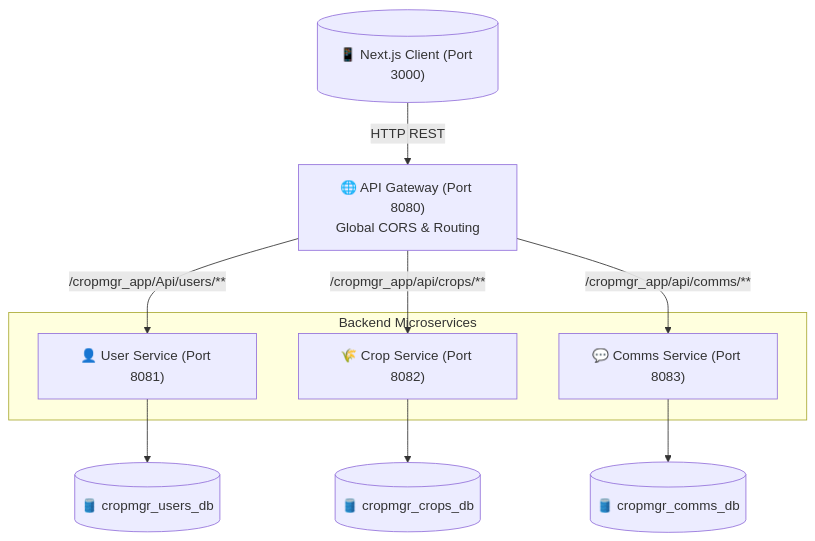
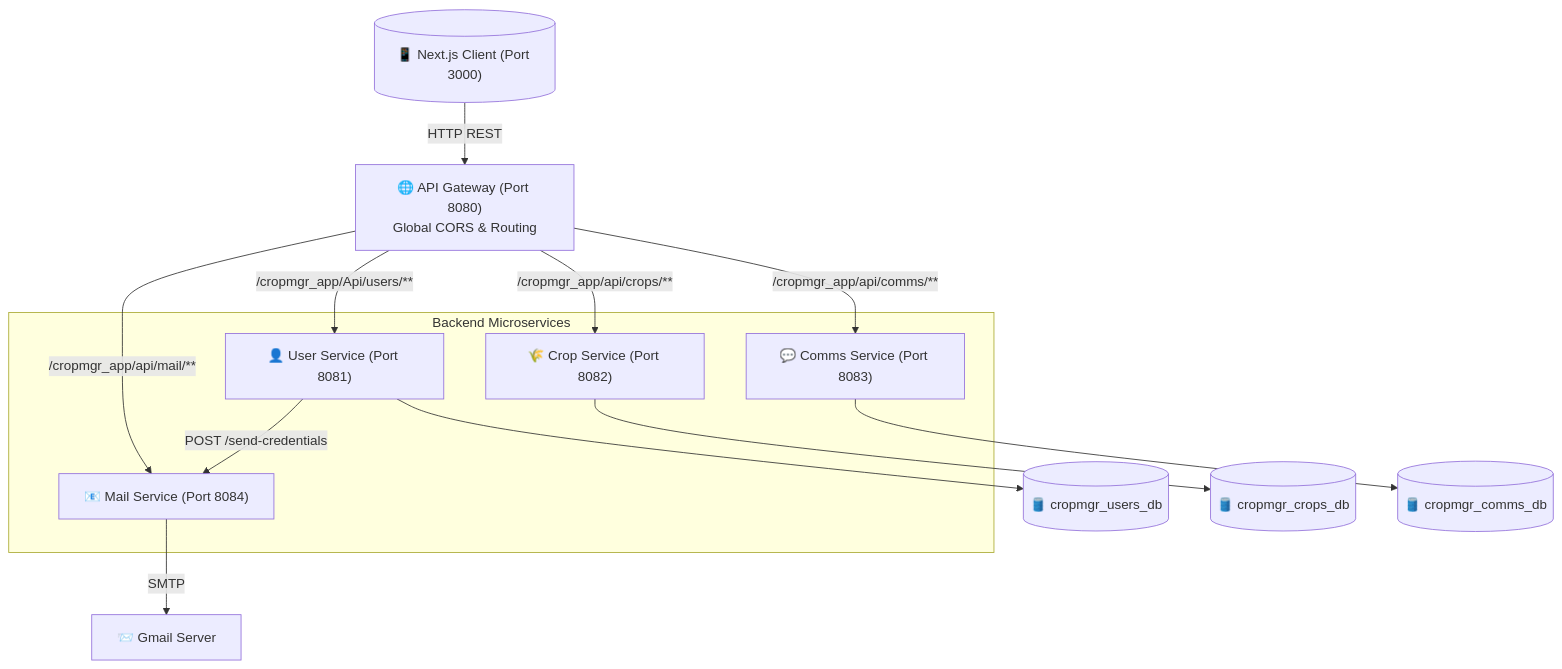
Before and after one commit to NimnaOfficial/CropAssist-webApp: the diagram in README.md, drawn with Mermaid. The commit also changed other lines of this file, not shown here.

````diff
--- a/README.md
+++ b/README.md
@@ -29,24 +29,28 @@
 ```mermaid
 graph TD
     Client[("📱 Next.js Client (Port 3000)")]
     API_GW["🌐 API Gateway (Port 8080)<br/>Global CORS & Routing"]
 
     User_DB[("🛢️ cropmgr_users_db")]
     Crop_DB[("🛢️ cropmgr_crops_db")]
     Comms_DB[("🛢️ cropmgr_comms_db")]
 
     subgraph Backend Microservices
         UserService["👤 User Service (Port 8081)"]
         CropService["🌾 Crop Service (Port 8082)"]
         CommsService["💬 Comms Service (Port 8083)"]
+        MailService["📧 Mail Service (Port 8084)"]
     end
 
     Client -->|HTTP REST| API_GW
     API_GW -->|/cropmgr_app/Api/users/**| UserService
     API_GW -->|/cropmgr_app/api/crops/**| CropService
     API_GW -->|/cropmgr_app/api/comms/**| CommsService
+    API_GW -->|/cropmgr_app/api/mail/**| MailService
 
     UserService --> User_DB
+    UserService -->|"POST /send-credentials"| MailService
     CropService --> Crop_DB
     CommsService --> Comms_DB
+    MailService -->|"SMTP"| Gmail["📨 Gmail Server"]
 ```
````
